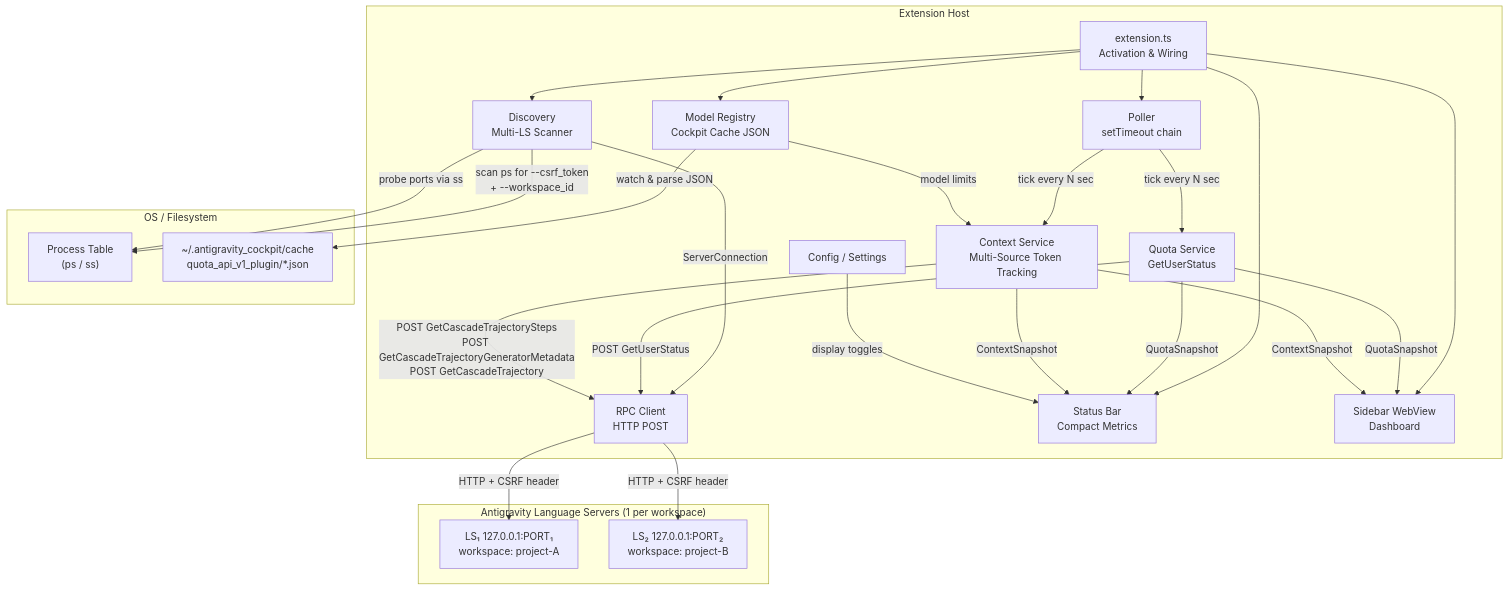
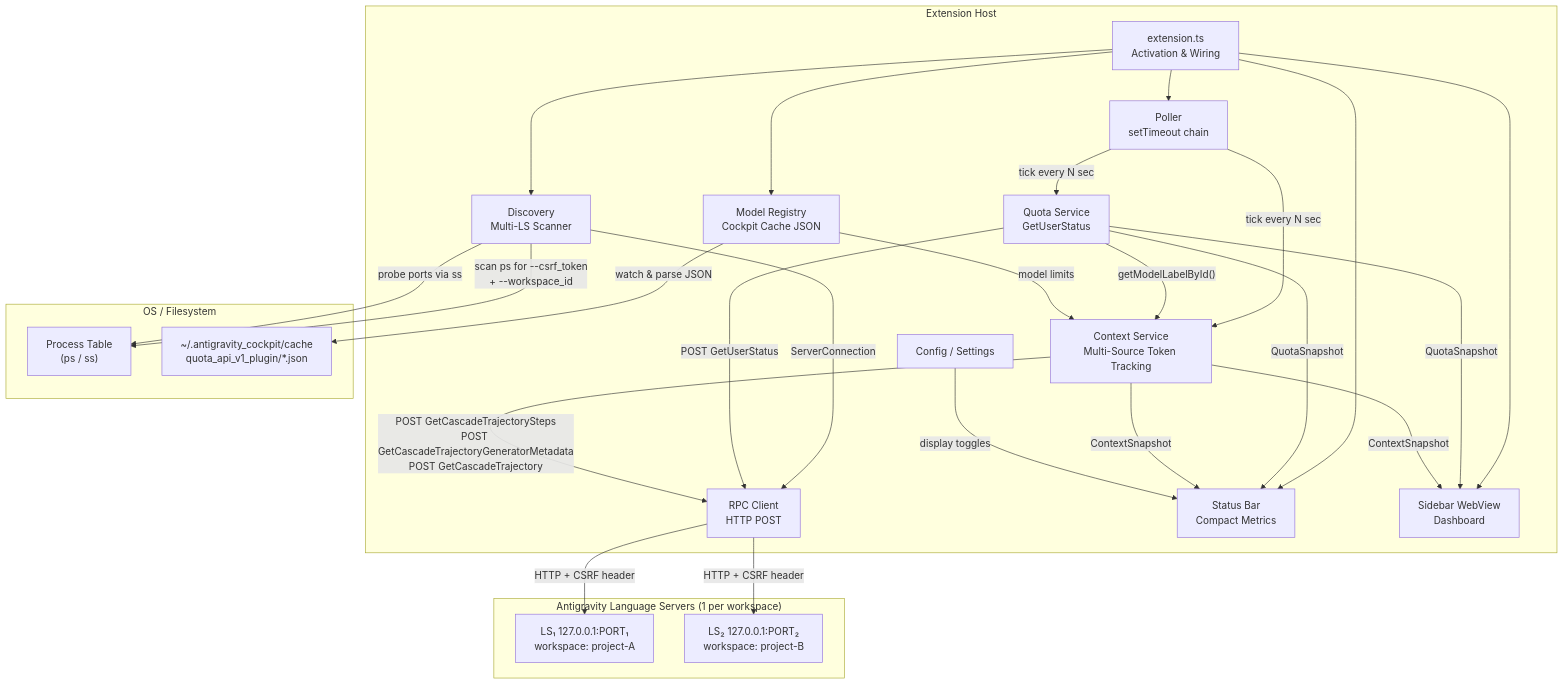
The first of 3 diagrams in ARCHITECTURE.md (jetnet/ag-engineer), drawn with Mermaid before and after one commit. The commit also changed other lines of this file and 9 other files, not shown here.

````diff
--- a/ARCHITECTURE.md
+++ b/ARCHITECTURE.md
@@ -9,52 +9,53 @@
 ```mermaid
 graph TB
     subgraph Extension Host
         EXT[extension.ts<br/>Activation & Wiring]
         POLL[Poller<br/>setTimeout chain]
         DISC[Discovery<br/>Multi-LS Scanner]
         RPC[RPC Client<br/>HTTP POST]
         QS[Quota Service<br/>GetUserStatus]
         CS[Context Service<br/>Multi-Source Token Tracking]
         MR[Model Registry<br/>Cockpit Cache JSON]
         SB[Status Bar<br/>Compact Metrics]
         SIDE[Sidebar WebView<br/>Dashboard]
         CFG[Config / Settings]
     end
 
     subgraph "Antigravity Language Servers (1 per workspace)"
         LS1["LS₁ 127.0.0.1:PORT₁<br/>workspace: project-A"]
         LS2["LS₂ 127.0.0.1:PORT₂<br/>workspace: project-B"]
     end
 
     subgraph OS / Filesystem
         PS["Process Table<br/>(ps / ss)"]
         CACHE["~/.antigravity_cockpit/cache<br/>quota_api_v1_plugin/*.json"]
     end
 
     EXT --> POLL
     EXT --> DISC
     EXT --> MR
     EXT --> SB
     EXT --> SIDE
 
     DISC -->|"scan ps for --csrf_token<br/>+ --workspace_id"| PS
     DISC -->|"probe ports via ss"| PS
     DISC -->|ServerConnection| RPC
 
     POLL -->|tick every N sec| QS
     POLL -->|tick every N sec| CS
 
     QS -->|"POST GetUserStatus"| RPC
     CS -->|"POST GetCascadeTrajectorySteps<br/>POST GetCascadeTrajectoryGeneratorMetadata<br/>POST GetCascadeTrajectory"| RPC
     RPC -->|"HTTP + CSRF header"| LS1
     RPC -->|"HTTP + CSRF header"| LS2
     MR -->|"watch & parse JSON"| CACHE
 
     QS -->|QuotaSnapshot| SB
     QS -->|QuotaSnapshot| SIDE
+    QS -->|"getModelLabelById()"| CS
     CS -->|ContextSnapshot| SB
     CS -->|ContextSnapshot| SIDE
     MR -->|model limits| CS
 
     CFG -->|display toggles| SB
 ```
````
